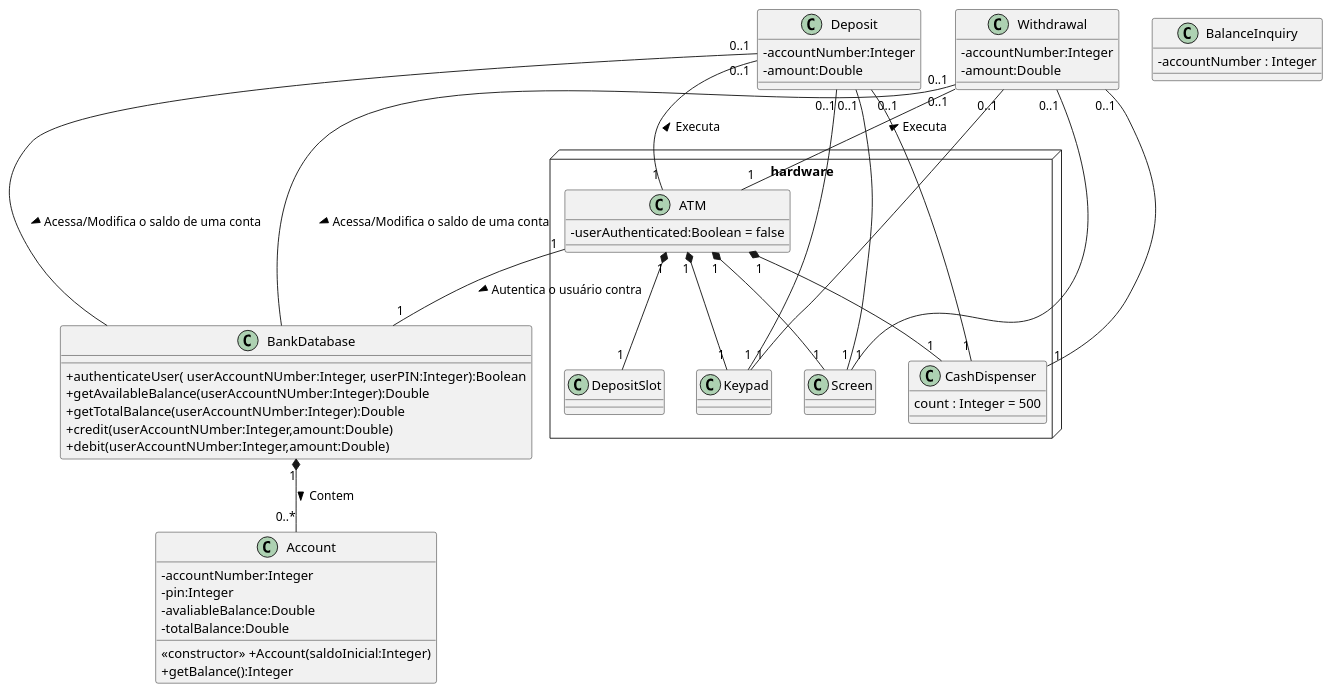
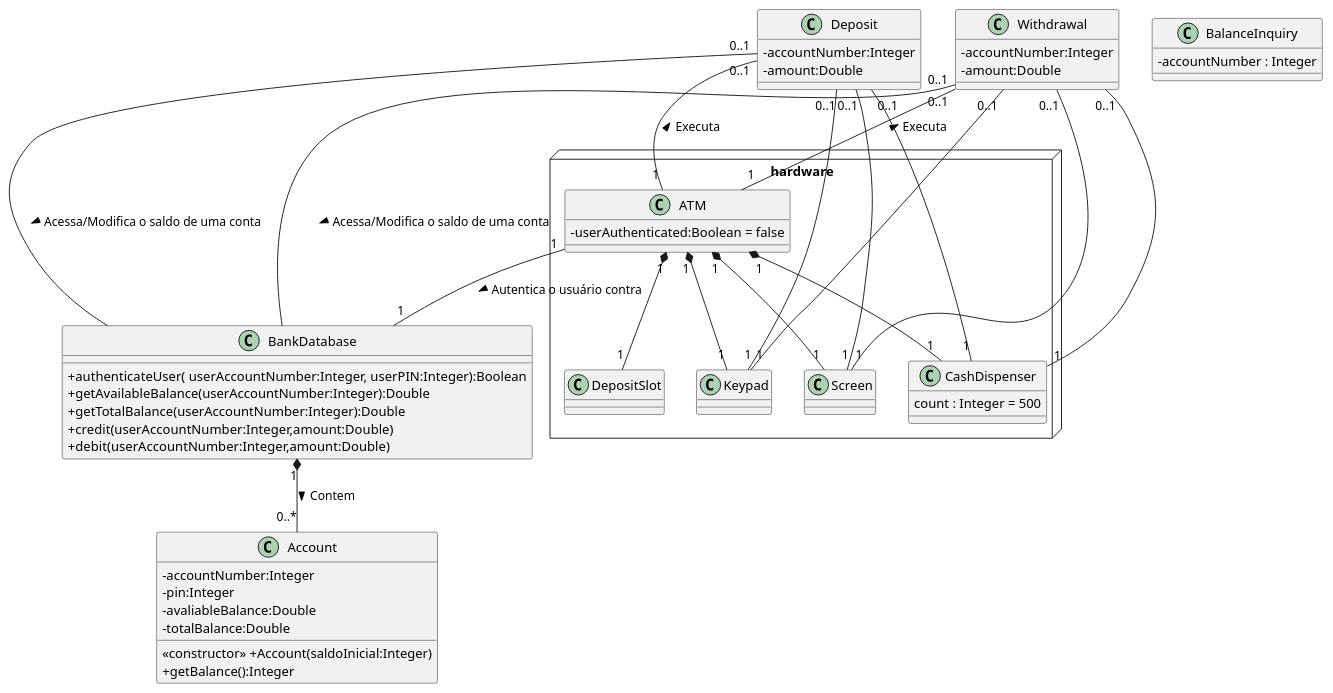
The diagram in c++/Deitel/atm/umlClassDiagram.puml (marcuswlima/learning), drawn with PlantUML before and after one commit. The commit also changed 1 other file, not shown here.

Commit message:
modelagem UML

```diff
--- a/c++/Deitel/atm/umlClassDiagram.puml
+++ b/c++/Deitel/atm/umlClassDiagram.puml
@@ -1,90 +1,90 @@
 @startuml
 skinparam classAttributeIconSize 0
 
 
 class Deposit{
     -accountNumber:Integer
     -amount:Double
 }
 
 class Withdrawal{
     -accountNumber:Integer
     -amount:Double
 
 }
 
 
 
 class Account{
     - accountNumber:Integer
     - pin:Integer
     - avaliableBalance:Double
     - totalBalance:Double
     <<constructor>> +Account(saldoInicial:Integer)
     + getBalance():Integer
 
 }
 
 class BankDatabase{
-    + authenticateUser( userAccountNUmber:Integer, userPIN:Integer):Boolean
-    + getAvailableBalance(userAccountNUmber:Integer):Double
-    + getTotalBalance(userAccountNUmber:Integer):Double
-    + credit(userAccountNUmber:Integer,amount:Double)
-    + debit(userAccountNUmber:Integer,amount:Double)
+    + authenticateUser( userAccountNumber:Integer, userPIN:Integer):Boolean
+    + getAvailableBalance(userAccountNumber:Integer):Double
+    + getTotalBalance(userAccountNumber:Integer):Double
+    + credit(userAccountNumber:Integer,amount:Double)
+    + debit(userAccountNumber:Integer,amount:Double)
 }
 
 
 package hardware <<node>> {
 
     class ATM {
         -userAuthenticated:Boolean = false
     }
 
     class Keypad{
 
     }
 
     class Screen {
     }
 
     class DepositSlot{
 
     }
 
     class CashDispenser{
         count : Integer = 500
     }
 
 
 }
 
 class BalanceInquiry{
     - accountNumber : Integer
 
 }
 
 
 
 ATM "1" *-- "1" DepositSlot
 ATM "1" *-- "1" Keypad
 ATM "1" *-- "1" CashDispenser
 ATM "1" *-- "1" Screen
 ATM "1" -- "1" BankDatabase : Autentica o usuário contra >
 
 BankDatabase "1" *-- "0..*" Account : Contem > 
 
 Withdrawal "0..1"-- "1"  ATM : Executa <
 Withdrawal "0..1" -- BankDatabase: Acessa/Modifica o saldo de uma conta >
 Withdrawal "0..1" -- "1" Screen
 Withdrawal "0..1" -- "1" CashDispenser
 Withdrawal "0..1" -- "1" Keypad
 
 Deposit "0..1"-- "1"  ATM : Executa <
 Deposit "0..1" -- BankDatabase: Acessa/Modifica o saldo de uma conta >
 Deposit "0..1" -- "1" Screen
 Deposit "0..1" -- "1" CashDispenser
 Deposit "0..1" -- "1" Keypad
 
 
 
 @enduml
```
